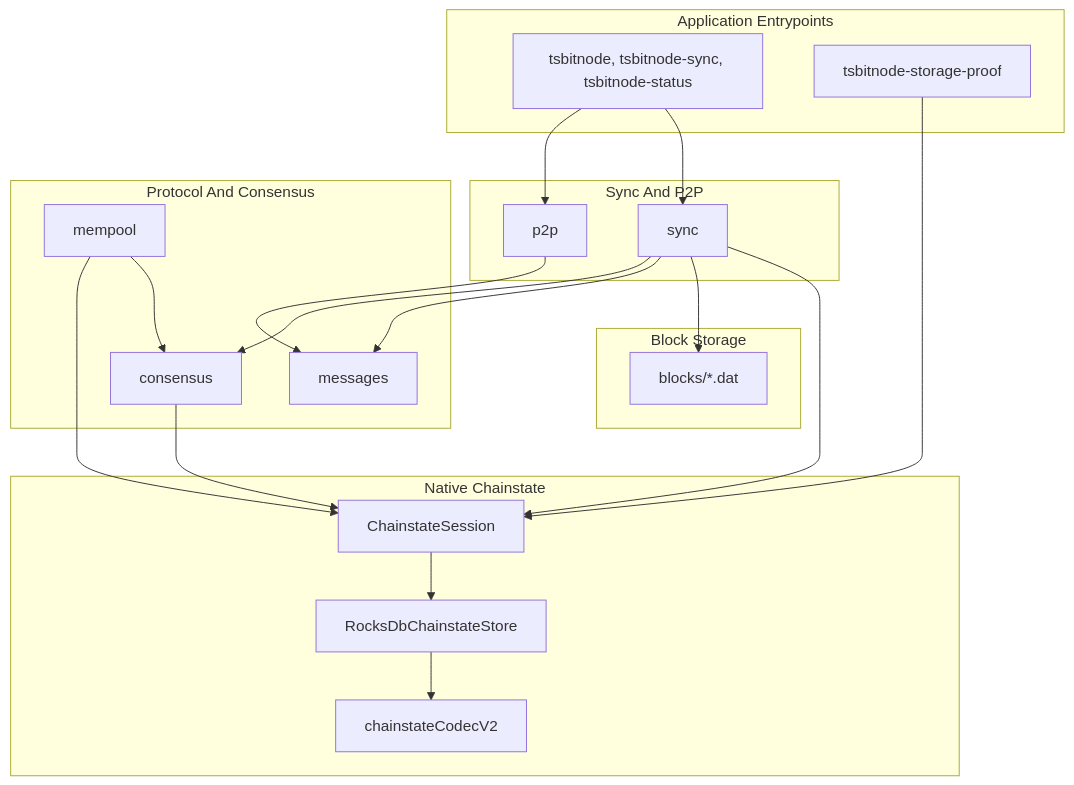
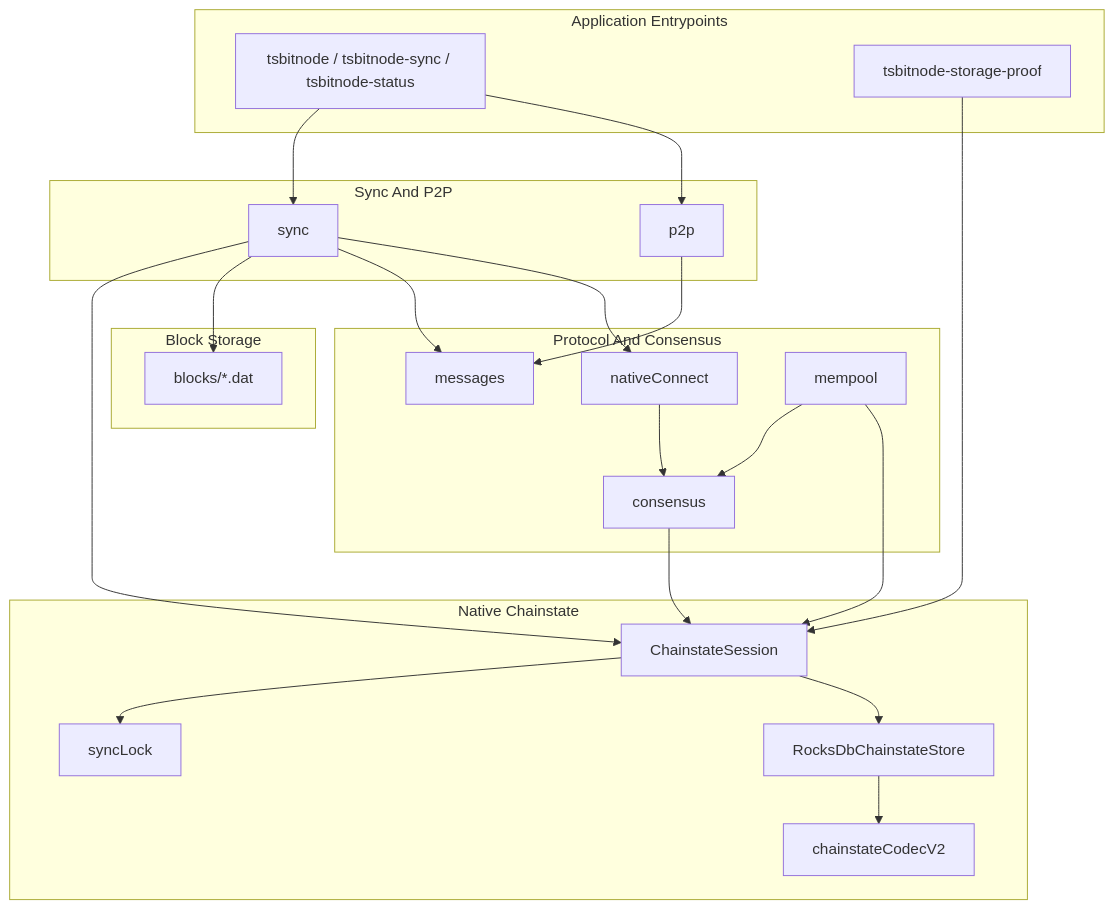
The diagram in Nodes/TypeScript/docs/ARCHITECTURE.md (donavonguyot/rosetta-bitcoin), drawn with Mermaid before and after one commit. The commit also changed other lines of this file and 14 other files, not shown here.

First line of the commit message:
Wire code documentation guidance and expand TypeScript architecture docs.

````diff
--- a/Nodes/TypeScript/docs/ARCHITECTURE.md
+++ b/Nodes/TypeScript/docs/ARCHITECTURE.md
@@ -22,42 +24,46 @@
 ```mermaid
 flowchart TB
     subgraph app [Application Entrypoints]
-        CLI["tsbitnode, tsbitnode-sync, tsbitnode-status"]
+        CLI["tsbitnode / tsbitnode-sync / tsbitnode-status"]
         Proof["tsbitnode-storage-proof"]
     end
 
     subgraph chainstate [Native Chainstate]
         Session["ChainstateSession"]
         Rocks["RocksDbChainstateStore"]
         Codec["chainstateCodecV2"]
+        Lock["syncLock"]
     end
 
     subgraph syncP2p [Sync And P2P]
         P2P[p2p]
         Sync[sync]
     end
 
     subgraph consensus [Protocol And Consensus]
         Msg[messages]
         Cons[consensus]
+        Connect["nativeConnect"]
         Mpool[mempool]
     end
 
     subgraph storage [Block Storage]
         Blocks["blocks/*.dat"]
     end
 
     CLI --> Sync
     CLI --> P2P
     Proof --> Session
     Sync --> Session
     Sync --> Blocks
     P2P --> Msg
     Sync --> Msg
-    Sync --> Cons
+    Sync --> Connect
+    Connect --> Cons
     Cons --> Session
     Mpool --> Cons
     Mpool --> Session
+    Session --> Lock
     Session --> Rocks
     Rocks --> Codec
 ```
````
